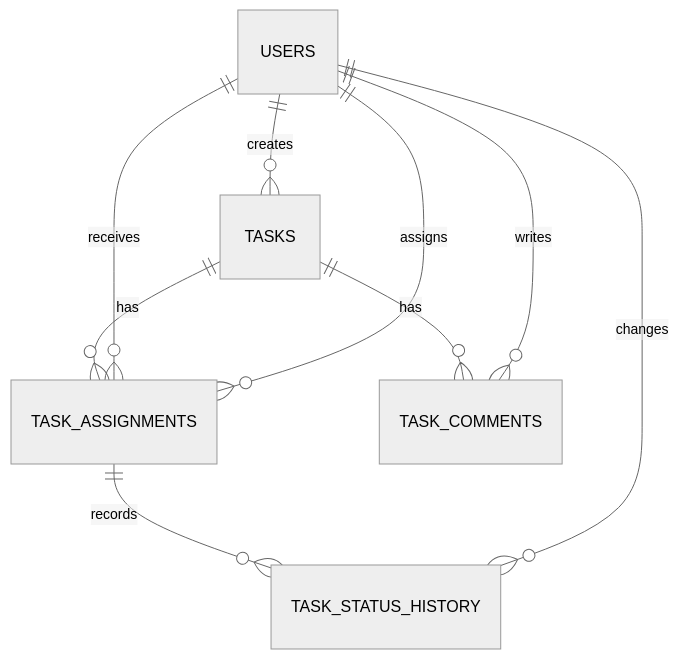
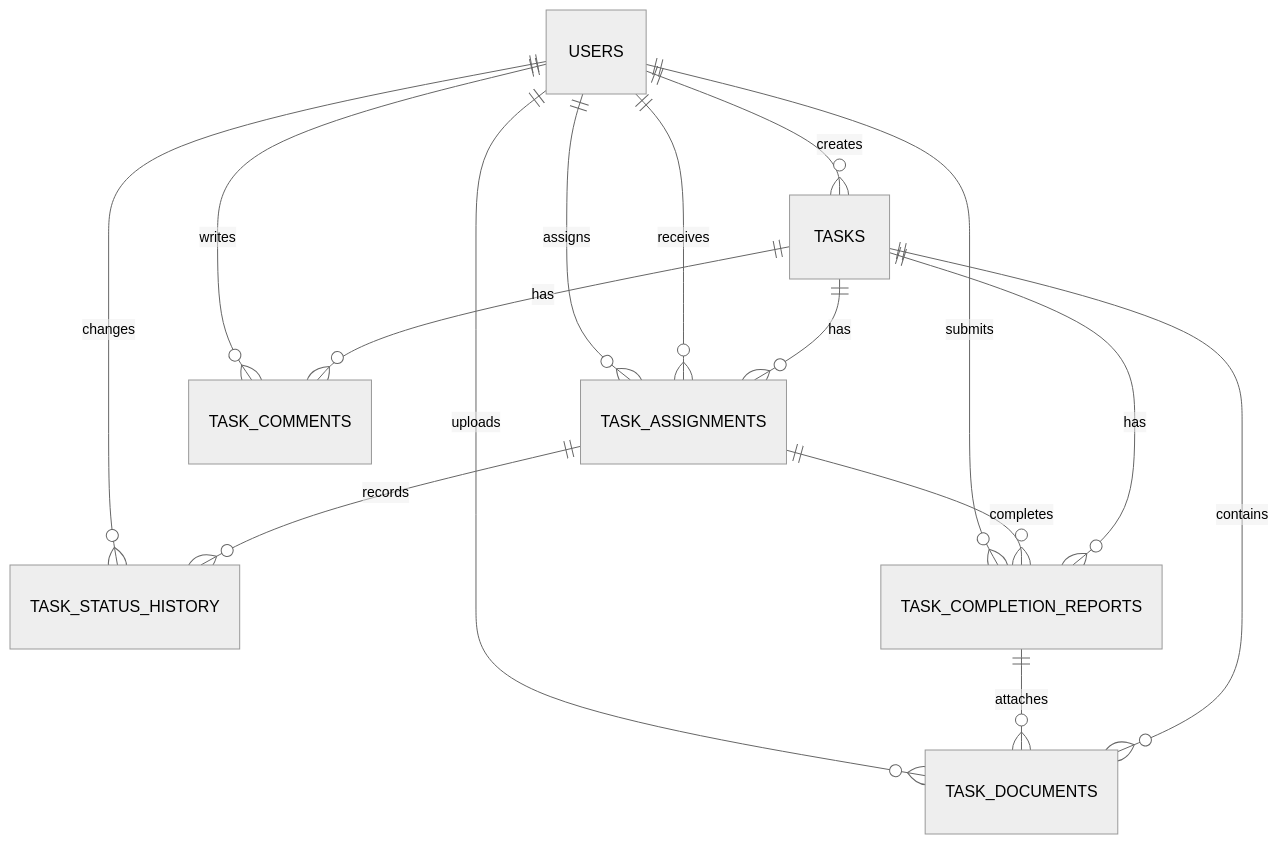
The diagram in docs/architecture.md (TuanAn0311/TaskFlow-final_project_CLOUD_COMPUTING-), drawn with Mermaid (neutral theme) before and after one commit. The commit also changed other lines of this file and 23 other files, not shown here.

````diff
--- a/docs/architecture.md
+++ b/docs/architecture.md
@@ -70,11 +75,17 @@
 ```mermaid
 erDiagram
   USERS ||--o{ TASKS : creates
   TASKS ||--o{ TASK_ASSIGNMENTS : has
   USERS ||--o{ TASK_ASSIGNMENTS : receives
   USERS ||--o{ TASK_ASSIGNMENTS : assigns
   TASK_ASSIGNMENTS ||--o{ TASK_STATUS_HISTORY : records
   USERS ||--o{ TASK_STATUS_HISTORY : changes
   TASKS ||--o{ TASK_COMMENTS : has
   USERS ||--o{ TASK_COMMENTS : writes
+  TASKS ||--o{ TASK_COMPLETION_REPORTS : has
+  TASK_ASSIGNMENTS ||--o{ TASK_COMPLETION_REPORTS : completes
+  USERS ||--o{ TASK_COMPLETION_REPORTS : submits
+  TASKS ||--o{ TASK_DOCUMENTS : contains
+  TASK_COMPLETION_REPORTS ||--o{ TASK_DOCUMENTS : attaches
+  USERS ||--o{ TASK_DOCUMENTS : uploads
 ```
````
